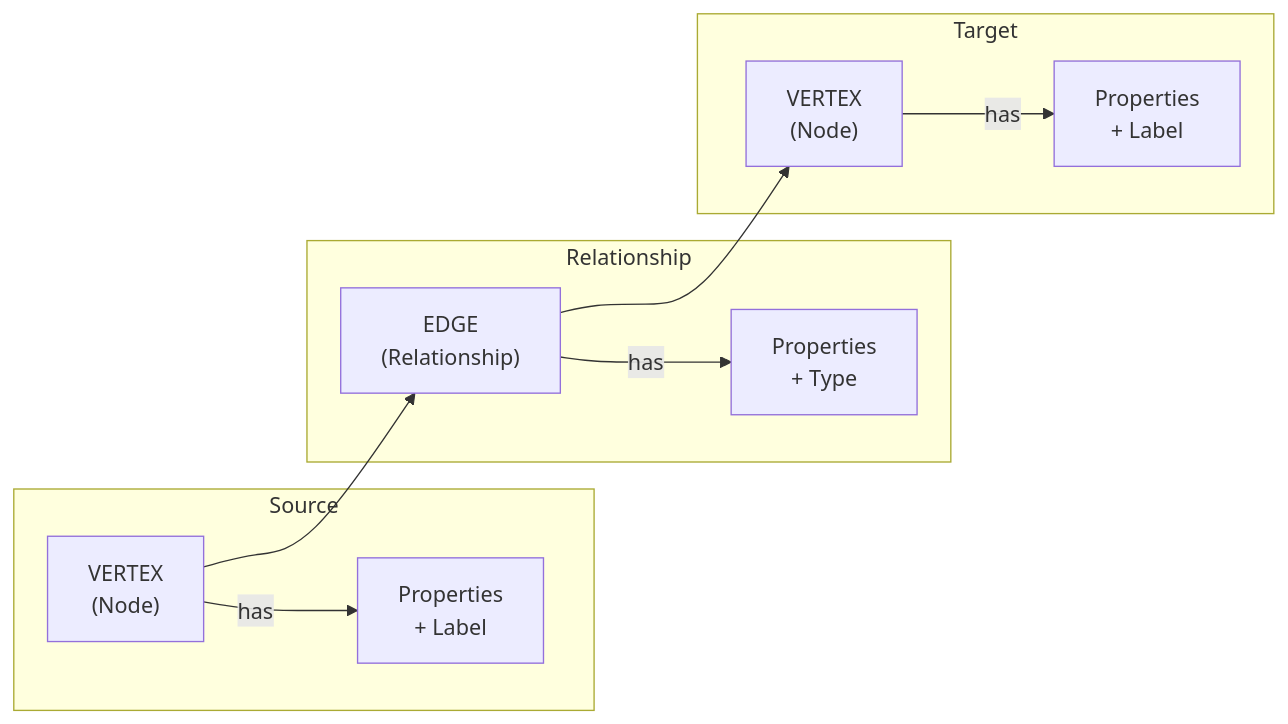
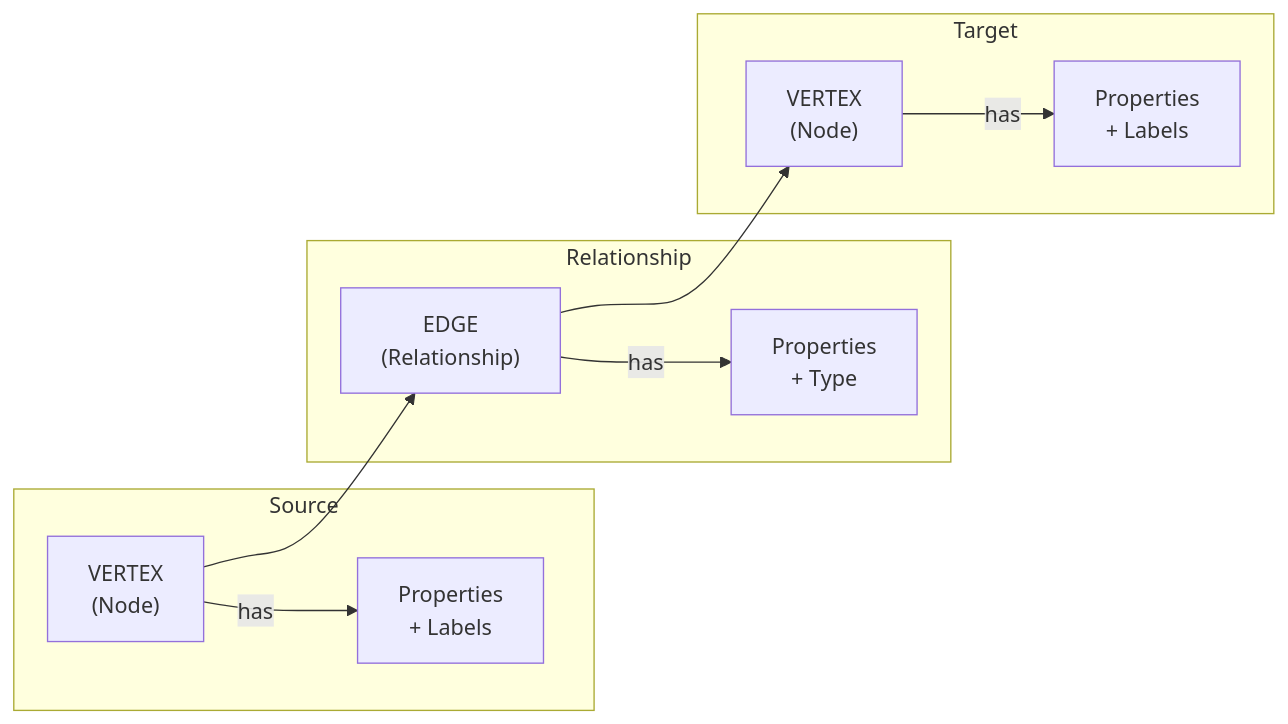
Before and after one commit to rustic-ai/uni-db: the diagram in website/docs/concepts/data-model.md, drawn with Mermaid. The commit also changed other lines of this file and 31 other files, not shown here.

First line of the commit message:
feat: add _labels column to per-label vertex tables and update docs

````diff
--- a/website/docs/concepts/data-model.md
+++ b/website/docs/concepts/data-model.md
@@ -9,22 +9,22 @@
 ```mermaid
 flowchart LR
     subgraph Source["Source"]
         V1["VERTEX<br/>(Node)"]
-        P1["Properties<br/>+ Label"]
+        P1["Properties<br/>+ Labels"]
     end
 
     subgraph Relationship["Relationship"]
         E["EDGE<br/>(Relationship)"]
         PE["Properties<br/>+ Type"]
     end
 
     subgraph Target["Target"]
         V2["VERTEX<br/>(Node)"]
-        P2["Properties<br/>+ Label"]
+        P2["Properties<br/>+ Labels"]
     end
 
     V1 --> E --> V2
     V1 -->|has| P1
     E -->|has| PE
     V2 -->|has| P2
 ```
````
